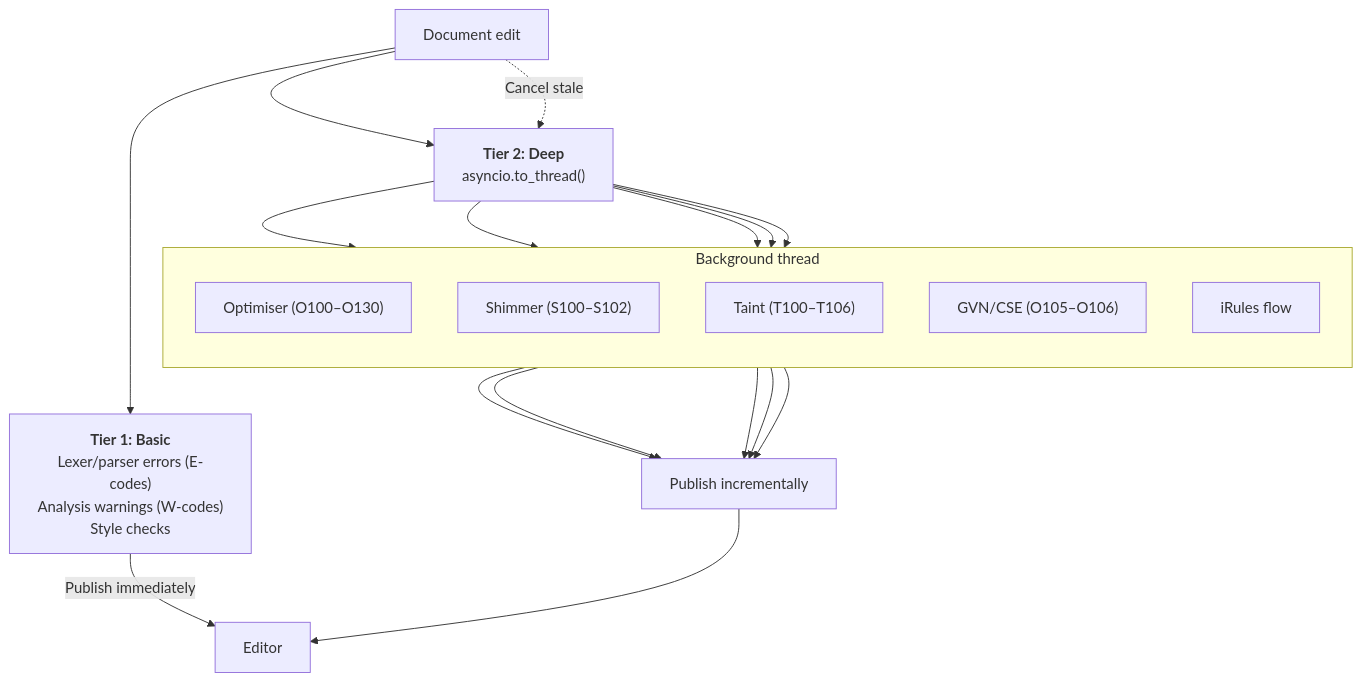
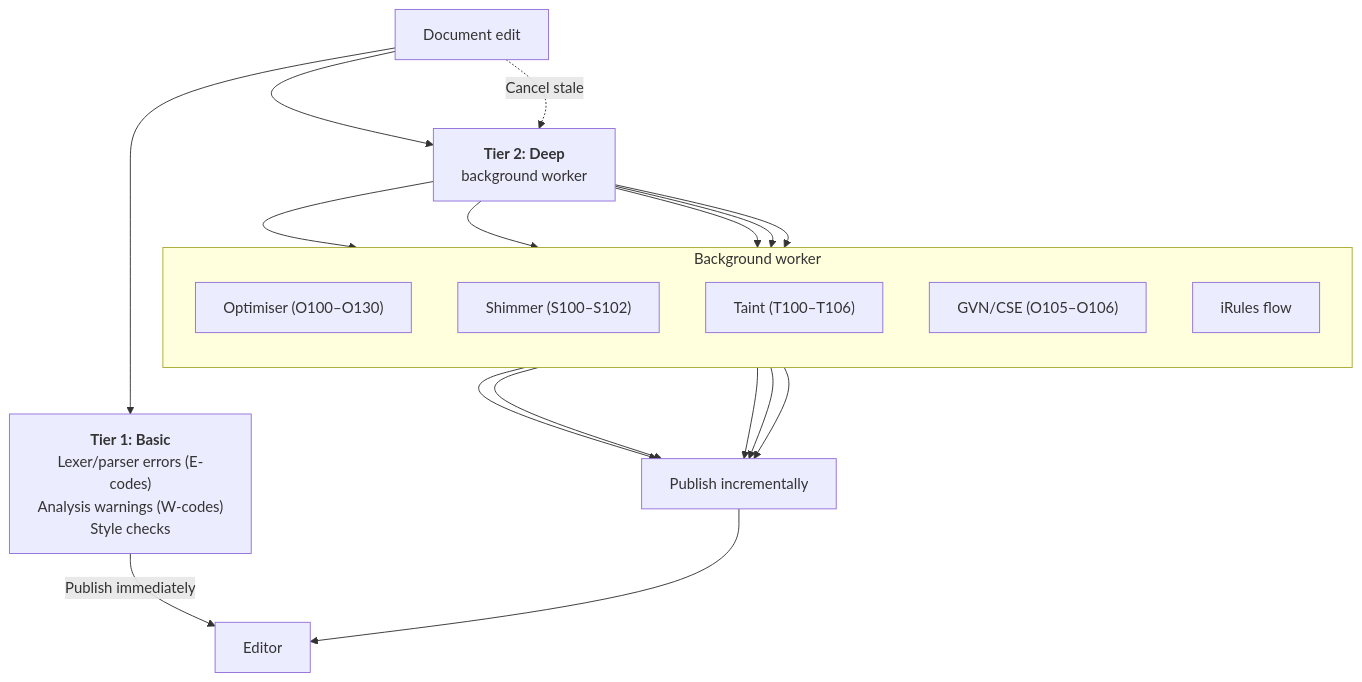
Before and after one commit to bitwisecook/tcl-lsp: diagram 19 of 20 in docs/design/compiler-architecture.md, drawn with Mermaid. The commit also changed other lines of this file and 66 other files, not shown here.

````diff
--- a/docs/design/compiler-architecture.md
+++ b/docs/design/compiler-architecture.md
@@ -681,31 +681,31 @@
 ```mermaid
 flowchart TD
     EDIT["Document edit"] --> BASIC["<b>Tier 1: Basic</b><br/>Lexer/parser errors (E-codes)<br/>Analysis warnings (W-codes)<br/>Style checks"]
     BASIC -->|"Publish immediately"| ED["Editor"]
 
-    EDIT --> DEEP["<b>Tier 2: Deep</b><br/>asyncio.to_thread()"]
+    EDIT --> DEEP["<b>Tier 2: Deep</b><br/>background worker"]
 
-    subgraph "Background thread"
+    subgraph "Background worker"
         direction TB
         OPT["Optimiser (O100–O130)"]
         SHIM["Shimmer (S100–S102)"]
         TAINT["Taint (T100–T106)"]
         GVN["GVN/CSE (O105–O106)"]
         IFLOW["iRules flow"]
     end
 
     DEEP --> OPT
     DEEP --> SHIM
     DEEP --> TAINT
     DEEP --> GVN
     DEEP --> IFLOW
 
     OPT --> PUB["Publish incrementally"]
     SHIM --> PUB
     TAINT --> PUB
     GVN --> PUB
     IFLOW --> PUB
     PUB --> ED
 
     EDIT -.->|"Cancel stale"| DEEP
 ```
````
